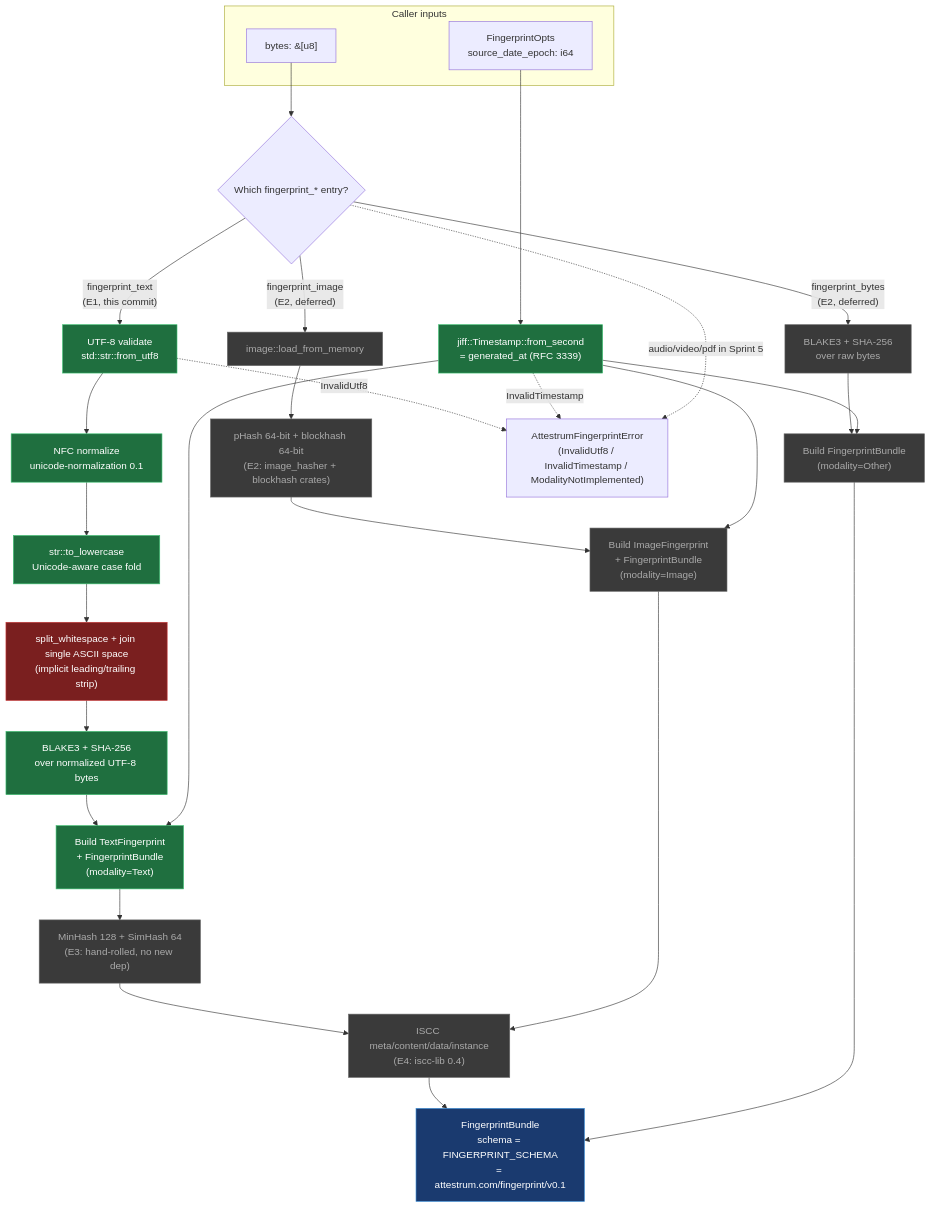
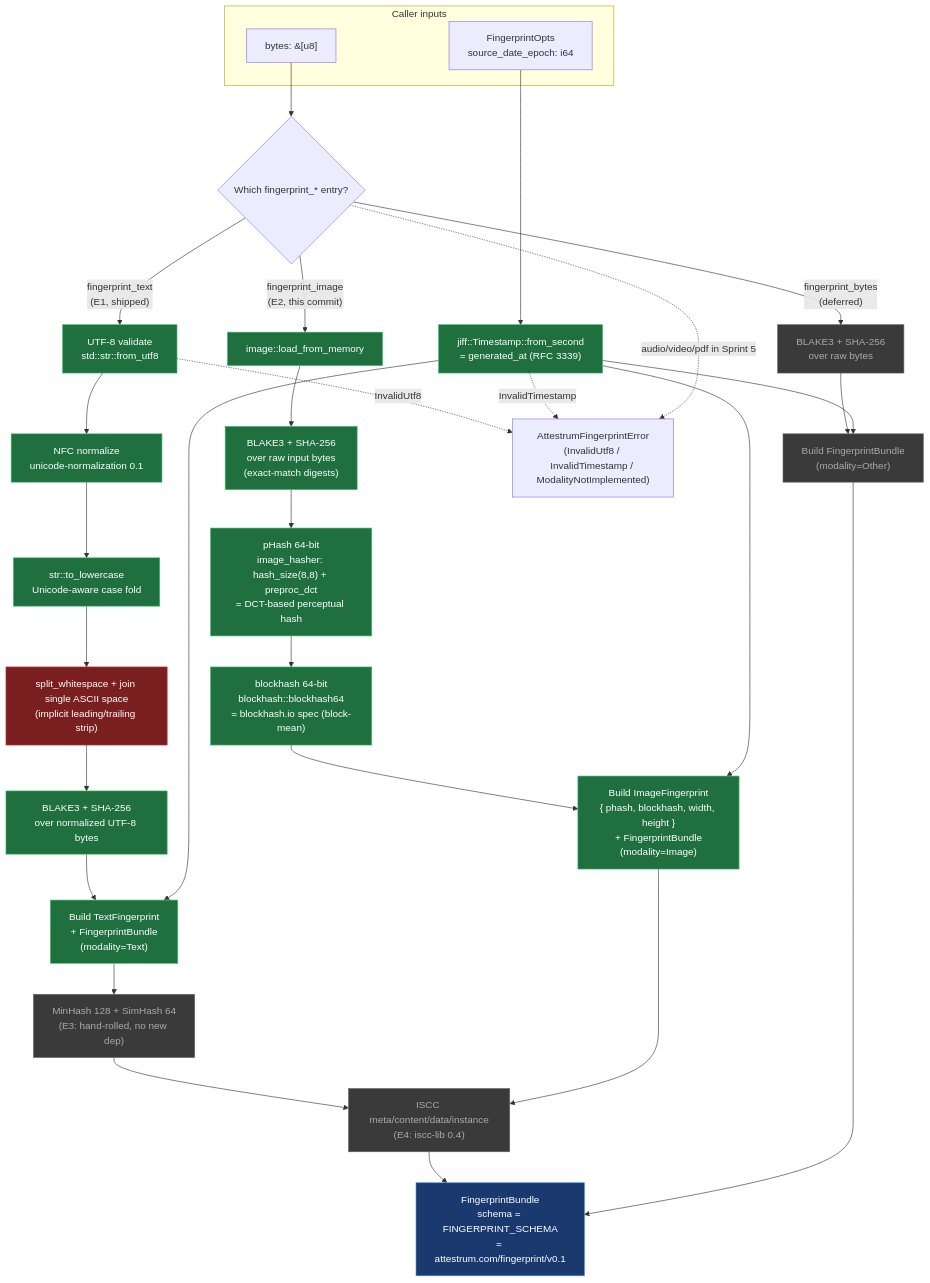
The diagram in docs/diagrams/sprint-5/fingerprint-pipeline.md (Attestrum/Attestrum), drawn with Mermaid before and after one commit. The commit also changed other lines of this file and 8 other files, not shown here.

````diff
--- a/docs/diagrams/sprint-5/fingerprint-pipeline.md
+++ b/docs/diagrams/sprint-5/fingerprint-pipeline.md
@@ -23,55 +23,57 @@
 ```mermaid
 flowchart TB
-  classDef e1Ship fill:#1f6f3f,stroke:#3ec072,color:#fff
-  classDef e2Deferred fill:#3a3a3a,stroke:#666,color:#aaa
+  classDef shipped fill:#1f6f3f,stroke:#3ec072,color:#fff
+  classDef deferred fill:#3a3a3a,stroke:#666,color:#aaa
   classDef e3Deferred fill:#3a3a3a,stroke:#666,color:#aaa
   classDef e4Deferred fill:#3a3a3a,stroke:#666,color:#aaa
   classDef protected fill:#7a1f1f,stroke:#c63737,color:#fff
   classDef output fill:#1a3a6f,stroke:#3a8ed7,color:#fff
 
   subgraph inputs["Caller inputs"]
     bytes["bytes: &[u8]"]
     opts["FingerprintOpts<br/>source_date_epoch: i64"]
   end
 
   bytes --> dispatch{"Which fingerprint_* entry?"}
 
-  dispatch -->|"fingerprint_text<br/>(E1, this commit)"| utf8["UTF-8 validate<br/>std::str::from_utf8"]
-  dispatch -->|"fingerprint_image<br/>(E2, deferred)"| imgDecode["image::load_from_memory"]
-  dispatch -->|"fingerprint_bytes<br/>(E2, deferred)"| rawHash["BLAKE3 + SHA-256<br/>over raw bytes"]
+  dispatch -->|"fingerprint_text<br/>(E1, shipped)"| utf8["UTF-8 validate<br/>std::str::from_utf8"]
+  dispatch -->|"fingerprint_image<br/>(E2, this commit)"| imgDecode["image::load_from_memory"]
+  dispatch -->|"fingerprint_bytes<br/>(deferred)"| rawHash["BLAKE3 + SHA-256<br/>over raw bytes"]
 
   utf8 --> nfc["NFC normalize<br/>unicode-normalization 0.1"]
   nfc --> lower["str::to_lowercase<br/>Unicode-aware case fold"]
   lower --> wsCollapse["split_whitespace + join single ASCII space<br/>(implicit leading/trailing strip)"]
   wsCollapse --> textHash["BLAKE3 + SHA-256<br/>over normalized UTF-8 bytes"]
   textHash --> textBuild["Build TextFingerprint<br/>+ FingerprintBundle<br/>(modality=Text)"]
 
-  imgDecode --> imgHash["pHash 64-bit + blockhash 64-bit<br/>(E2: image_hasher + blockhash crates)"]
-  imgHash --> imgBuild["Build ImageFingerprint<br/>+ FingerprintBundle<br/>(modality=Image)"]
+  imgDecode --> imgHashRaw["BLAKE3 + SHA-256<br/>over raw input bytes<br/>(exact-match digests)"]
+  imgHashRaw --> imgPhash["pHash 64-bit<br/>image_hasher: hash_size(8,8) + preproc_dct<br/>= DCT-based perceptual hash"]
+  imgPhash --> imgBlockhash["blockhash 64-bit<br/>blockhash::blockhash64<br/>= blockhash.io spec (block-mean)"]
+  imgBlockhash --> imgBuild["Build ImageFingerprint<br/>{ phash, blockhash, width, height }<br/>+ FingerprintBundle<br/>(modality=Image)"]
 
   rawHash --> bytesBuild["Build FingerprintBundle<br/>(modality=Other)"]
 
   textBuild --> minHash["MinHash 128 + SimHash 64<br/>(E3: hand-rolled, no new dep)"]
   minHash --> isccCompose["ISCC meta/content/data/instance<br/>(E4: iscc-lib 0.4)"]
   isccCompose --> output["FingerprintBundle<br/>schema = FINGERPRINT_SCHEMA<br/>= attestrum.com/fingerprint/v0.1"]
 
   imgBuild --> isccCompose
   bytesBuild --> output
 
   opts --> ts["jiff::Timestamp::from_second<br/>= generated_at (RFC 3339)"]
   ts --> textBuild
   ts --> imgBuild
   ts --> bytesBuild
 
   error["AttestrumFingerprintError<br/>(InvalidUtf8 / InvalidTimestamp / ModalityNotImplemented)"]
   utf8 -. "InvalidUtf8" .-> error
   ts -. "InvalidTimestamp" .-> error
   dispatch -. "audio/video/pdf in Sprint 5" .-> error
 
-  class utf8,nfc,lower,wsCollapse,textHash,textBuild,ts e1Ship
-  class imgDecode,imgHash,imgBuild,rawHash,bytesBuild e2Deferred
+  class utf8,nfc,lower,wsCollapse,textHash,textBuild,ts,imgDecode,imgHashRaw,imgPhash,imgBlockhash,imgBuild shipped
+  class rawHash,bytesBuild deferred
   class minHash e3Deferred
   class isccCompose e4Deferred
   class wsCollapse protected
   class output output
 ```
````
